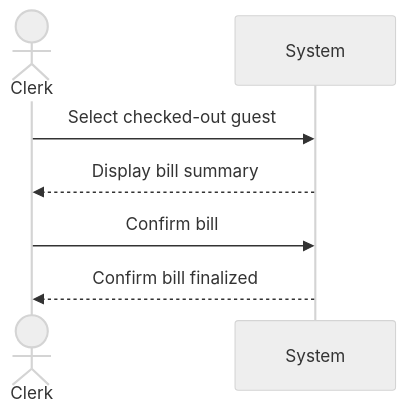
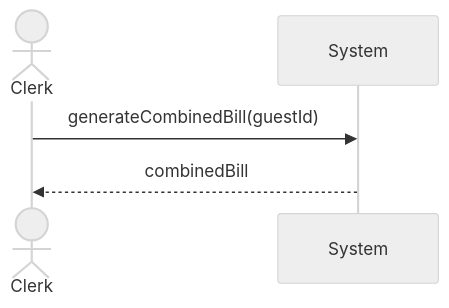
The diagram in Documentation/User-Cases/GenerateCombinedBill.md (JaceYar/Software1-Proj), drawn with Mermaid (neutral theme) before and after one commit. The commit also changed 18 other files, not shown here.

````diff
--- a/Documentation/User-Cases/GenerateCombinedBill.md
+++ b/Documentation/User-Cases/GenerateCombinedBill.md
@@ -11,10 +11,8 @@
 ```mermaid
 sequenceDiagram
     actor Clerk
     participant System
 
-    Clerk->>System: Select checked-out guest
-    System-->>Clerk: Display bill summary
-    Clerk->>System: Confirm bill
-    System-->>Clerk: Confirm bill finalized
+    Clerk->>System: generateCombinedBill(guestId)
+    System-->>Clerk: combinedBill
 ```
````
